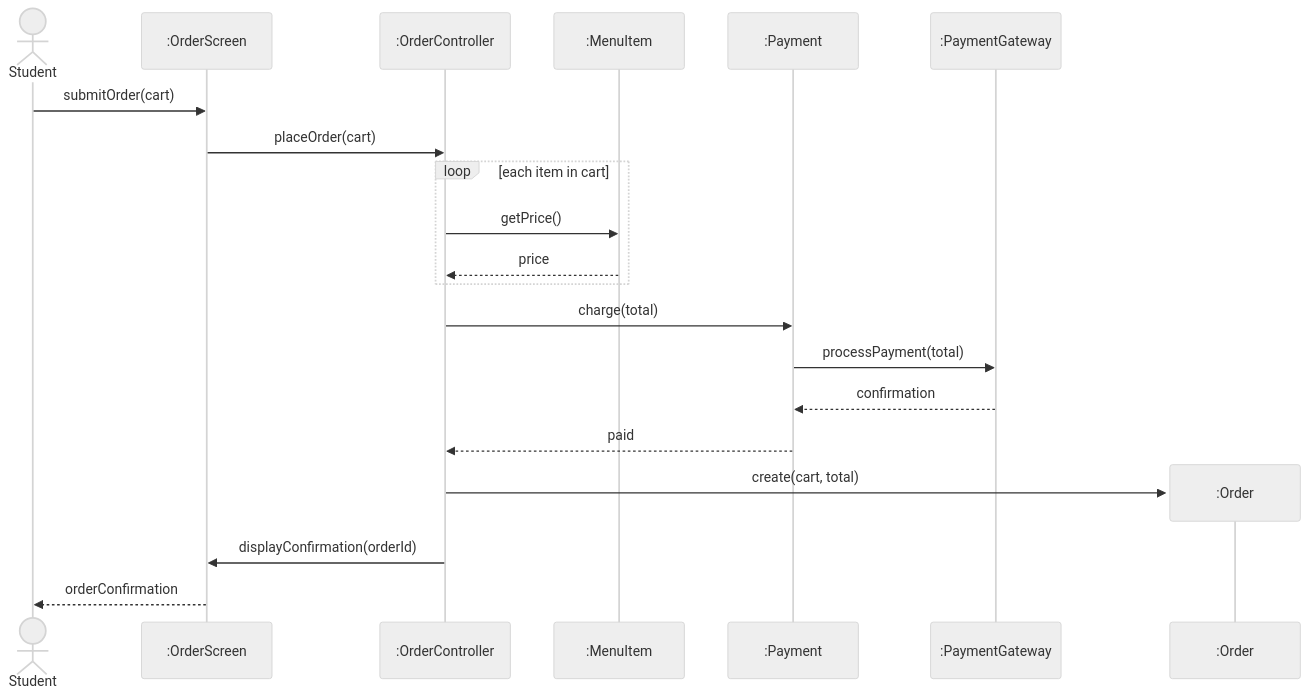
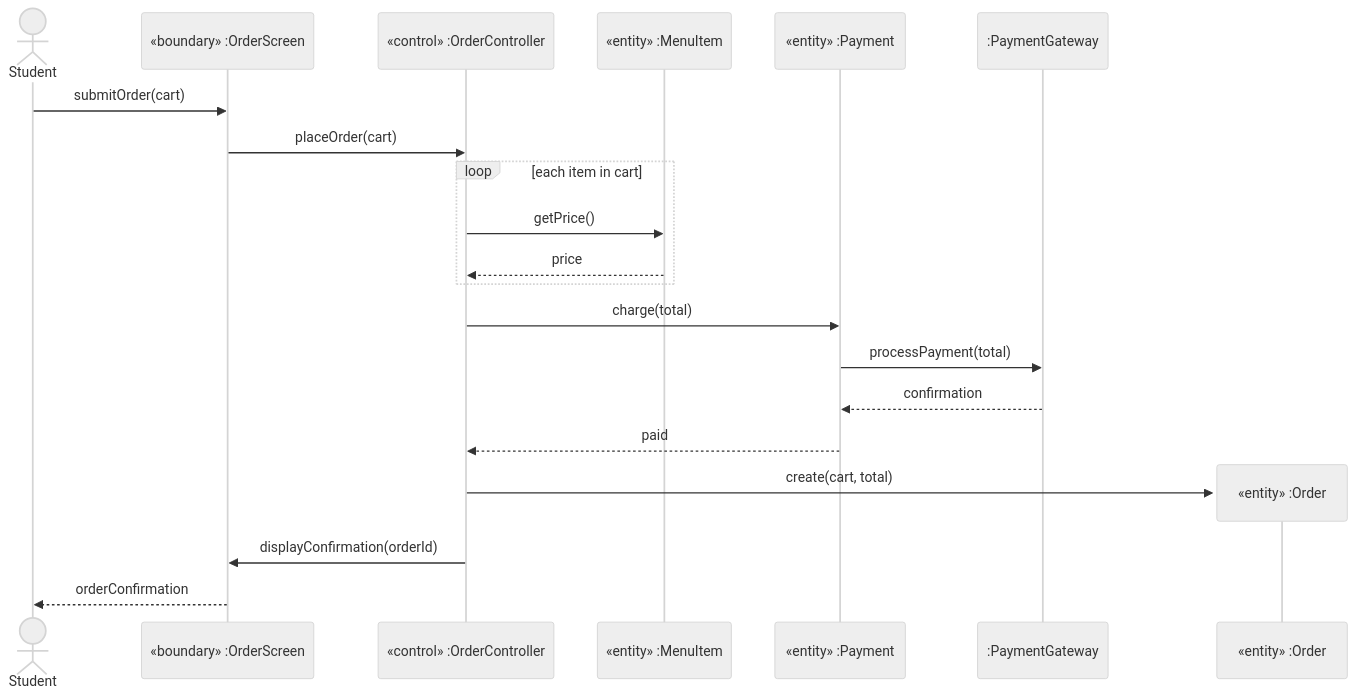
The fourth of 5 diagrams in EXAM-DIAGRAMS-AND-DESCRIPTIONS.md (Beh69/Software-dev-lectures), drawn with Mermaid (neutral theme) before and after one commit. The commit also changed other lines of this file and 1 other file, not shown here.

Commit message:
Add BCE stereotypes to worked UML diagrams

````diff
--- a/EXAM-DIAGRAMS-AND-DESCRIPTIONS.md
+++ b/EXAM-DIAGRAMS-AND-DESCRIPTIONS.md
@@ -313,24 +326,24 @@
 ```mermaid
 sequenceDiagram
     actor Student
-    participant S as :OrderScreen
-    participant C as :OrderController
-    participant M as :MenuItem
-    participant P as :Payment
+    participant S as «boundary» :OrderScreen
+    participant C as «control» :OrderController
+    participant M as «entity» :MenuItem
+    participant P as «entity» :Payment
     participant G as :PaymentGateway
 
     Student->>S: submitOrder(cart)
     S->>C: placeOrder(cart)
     loop each item in cart
         C->>M: getPrice()
         M-->>C: price
     end
     C->>P: charge(total)
     P->>G: processPayment(total)
     G-->>P: confirmation
     P-->>C: paid
-    create participant O as :Order
+    create participant O as «entity» :Order
     C->>O: create(cart, total)
     C->>S: displayConfirmation(orderId)
     S-->>Student: orderConfirmation
 ```
````
